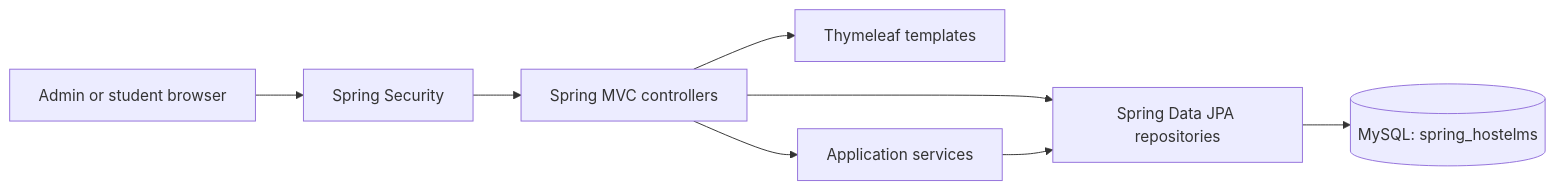
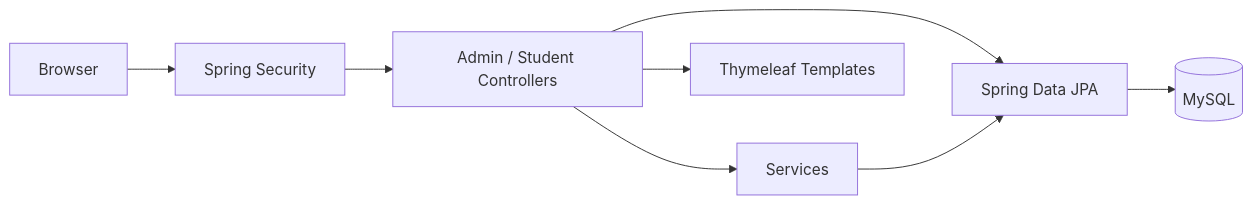
The diagram in README.md (JaganRaju07/HostelMS), drawn with Mermaid before and after one commit. The commit also changed other lines of this file, not shown here.

````diff
--- a/README.md
+++ b/README.md
@@ -38,10 +34,10 @@
 ```mermaid
 flowchart LR
-    Browser[Admin or student browser] --> Security[Spring Security]
-    Security --> Controllers[Spring MVC controllers]
-    Controllers --> Views[Thymeleaf templates]
-    Controllers --> Services[Application services]
-    Controllers --> Repositories[Spring Data JPA repositories]
+    Browser[Browser] --> Security[Spring Security]
+    Security --> Controllers[Admin / Student Controllers]
+    Controllers --> Services[Services]
+    Controllers --> Repositories[Spring Data JPA]
     Services --> Repositories
-    Repositories --> DB[(MySQL: spring_hostelms)]
+    Repositories --> MySQL[(MySQL)]
+    Controllers --> Thymeleaf[Thymeleaf Templates]
 ```
````
